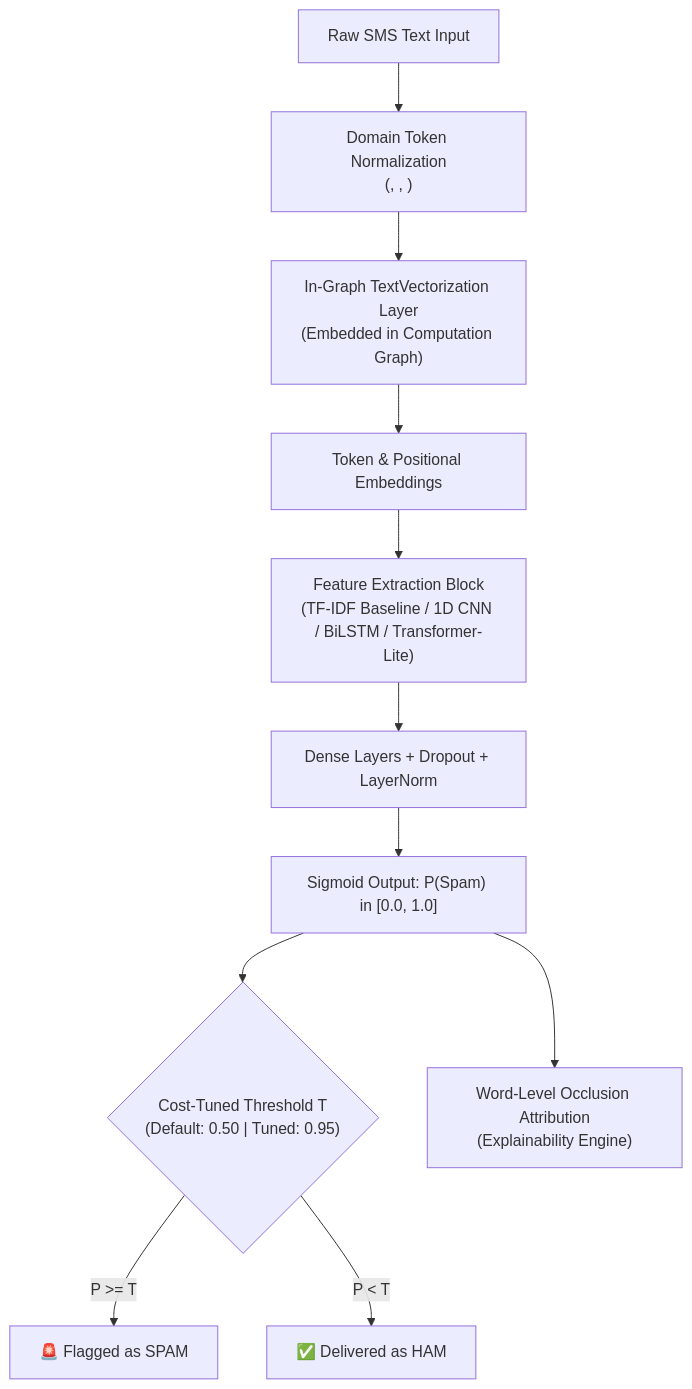
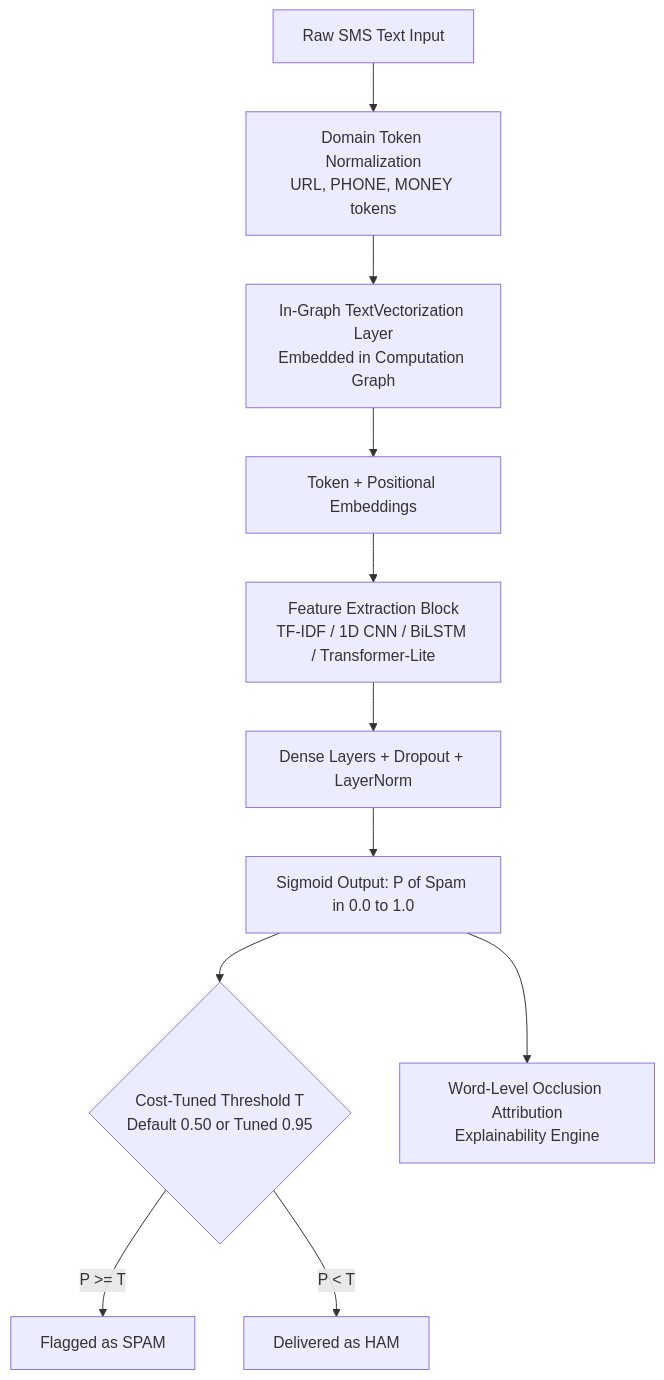
The diagram in README.md (raiyan-mahmud-git/Neural-Network-SMS-Text-Classifier), drawn with Mermaid before and after one commit.

Commit message:
fix: Mermaid diagram syntax for GitHub rendering

````diff
--- a/README.md
+++ b/README.md
@@ -26,13 +26,13 @@
 ```mermaid
 flowchart TD
-    A["Raw SMS Text Input"] --> B["Domain Token Normalization\n(<URL>, <PHONE>, <MONEY>)"]
-    B --> C["In-Graph TextVectorization Layer\n(Embedded in Computation Graph)"]
-    C --> D["Token & Positional Embeddings"]
-    D --> E["Feature Extraction Block\n(TF-IDF Baseline / 1D CNN / BiLSTM / Transformer-Lite)"]
+    A["Raw SMS Text Input"] --> B["Domain Token Normalization<br/>URL, PHONE, MONEY tokens"]
+    B --> C["In-Graph TextVectorization Layer<br/>Embedded in Computation Graph"]
+    C --> D["Token + Positional Embeddings"]
+    D --> E["Feature Extraction Block<br/>TF-IDF / 1D CNN / BiLSTM / Transformer-Lite"]
     E --> F["Dense Layers + Dropout + LayerNorm"]
-    F --> G["Sigmoid Output: P(Spam) in [0.0, 1.0]"]
-    G --> H{"Cost-Tuned Threshold T\n(Default: 0.50 | Tuned: 0.95)"}
-    H -->|P >= T| I["🚨 Flagged as SPAM"]
-    H -->|P < T| J["✅ Delivered as HAM"]
-    G --> K["Word-Level Occlusion Attribution\n(Explainability Engine)"]
+    F --> G["Sigmoid Output: P of Spam in 0.0 to 1.0"]
+    G --> H{"Cost-Tuned Threshold T<br/>Default 0.50 or Tuned 0.95"}
+    H -->|P >= T| I["Flagged as SPAM"]
+    H -->|P < T| J["Delivered as HAM"]
+    G --> K["Word-Level Occlusion Attribution<br/>Explainability Engine"]
 ```
````
